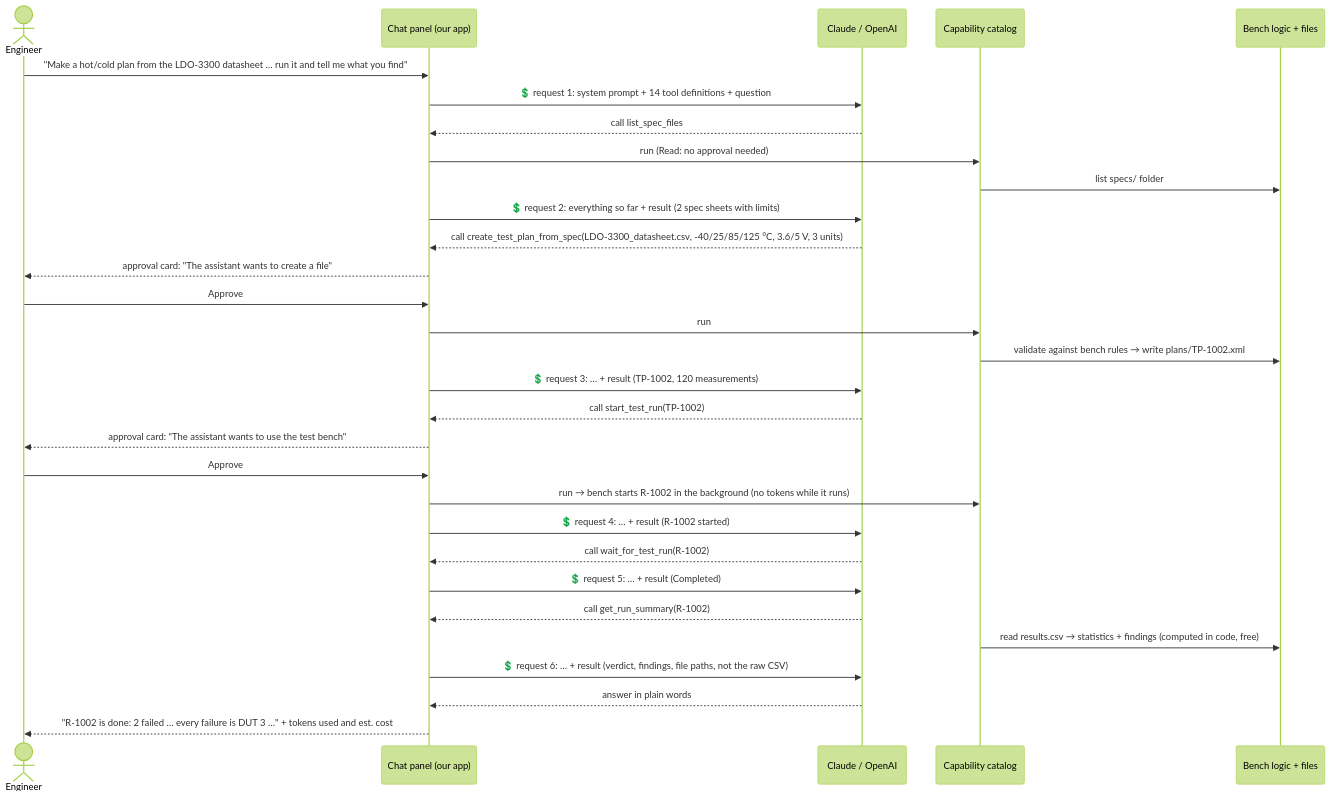
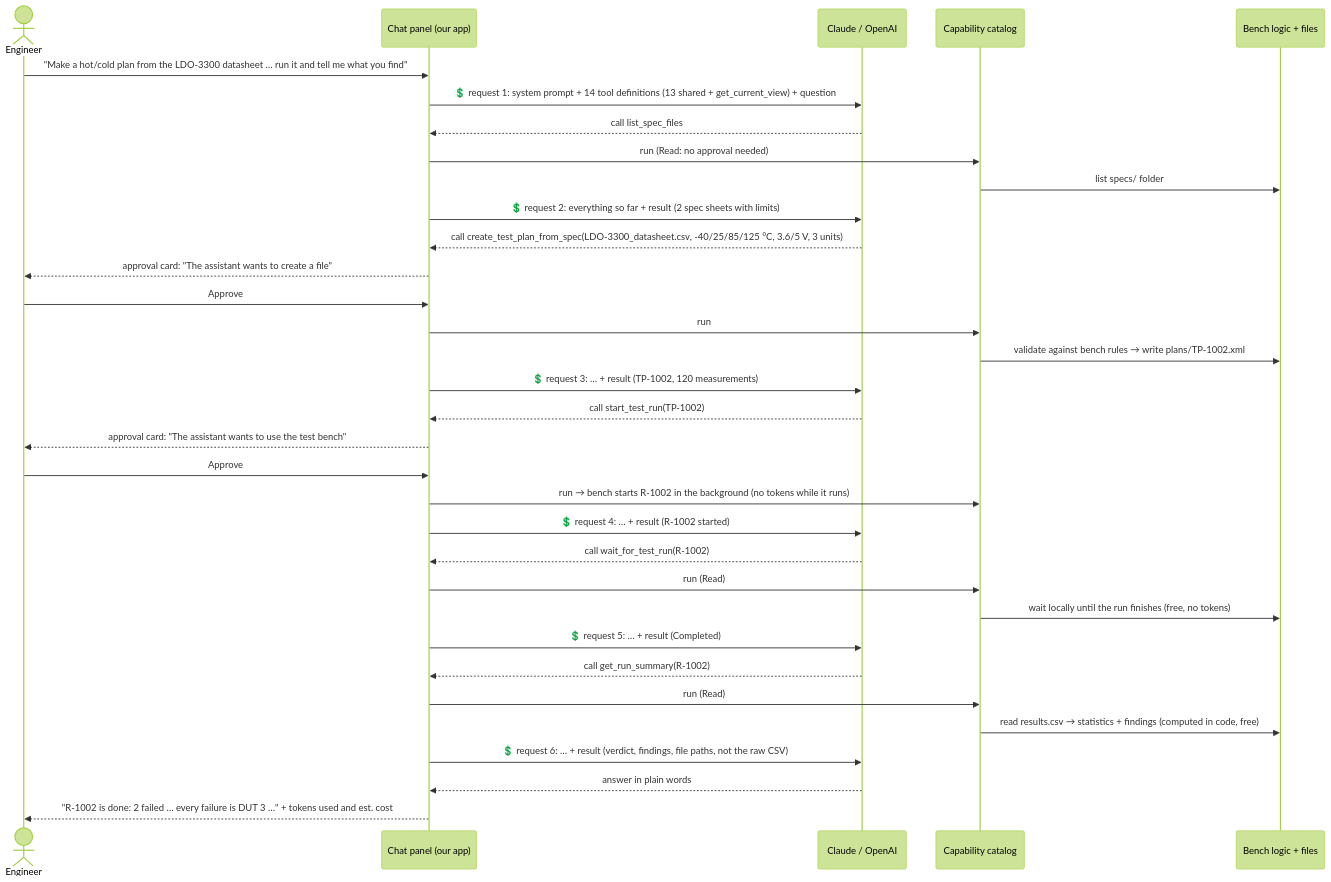
Before and after one commit to RelentlessOldMan/ChatbotAddonDemo: the third of 6 diagrams in docs/design.md, drawn with Mermaid (forest theme). The commit also changed other lines of this file and 9 other files, not shown here.

First line of the commit message:
Docs: match the review fixes (per-request limit, token limit for unpriced models, id validation, MCP errors, run cancel on disconnect) and correct stale claims

````diff
--- a/docs/design.md
+++ b/docs/design.md
@@ -203,33 +203,36 @@
 ```mermaid
 sequenceDiagram
     actor U as Engineer
     participant P as Chat panel (our app)
     participant M as Claude / OpenAI
     participant C as Capability catalog
     participant B as Bench logic + files
 
     U->>P: "Make a hot/cold plan from the LDO-3300 datasheet … run it and tell me what you find"
-    P->>M: 💲 request 1: system prompt + 14 tool definitions + question
+    P->>M: 💲 request 1: system prompt + 14 tool definitions (13 shared + get_current_view) + question
     M-->>P: call list_spec_files
     P->>C: run (Read: no approval needed)
     C->>B: list specs/ folder
     P->>M: 💲 request 2: everything so far + result (2 spec sheets with limits)
     M-->>P: call create_test_plan_from_spec(LDO-3300_datasheet.csv, -40/25/85/125 °C, 3.6/5 V, 3 units)
     P-->>U: approval card: "The assistant wants to create a file"
     U->>P: Approve
     P->>C: run
     C->>B: validate against bench rules → write plans/TP-1002.xml
     P->>M: 💲 request 3: … + result (TP-1002, 120 measurements)
     M-->>P: call start_test_run(TP-1002)
     P-->>U: approval card: "The assistant wants to use the test bench"
     U->>P: Approve
     P->>C: run → bench starts R-1002 in the background (no tokens while it runs)
     P->>M: 💲 request 4: … + result (R-1002 started)
     M-->>P: call wait_for_test_run(R-1002)
+    P->>C: run (Read)
+    C->>B: wait locally until the run finishes (free, no tokens)
     P->>M: 💲 request 5: … + result (Completed)
     M-->>P: call get_run_summary(R-1002)
+    P->>C: run (Read)
     C->>B: read results.csv → statistics + findings (computed in code, free)
     P->>M: 💲 request 6: … + result (verdict, findings, file paths, not the raw CSV)
     M-->>P: answer in plain words
     P-->>U: "R-1002 is done: 2 failed … every failure is DUT 3 …" + tokens used and est. cost
 ```
````
